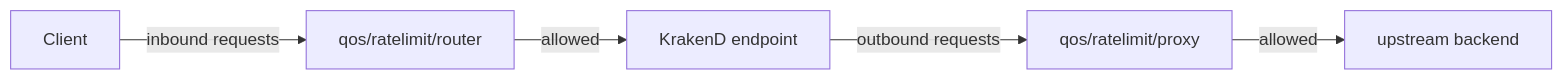
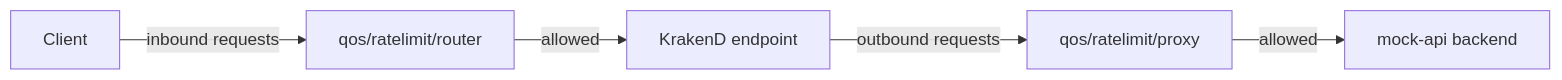
The second of 2 diagrams in docs/KrakenD-training/03-rate-limit.md (Ting-s515/KrakenD-training), drawn with Mermaid before and after one commit. The commit also changed other lines of this file and 11 other files, not shown here.

````diff
--- a/docs/KrakenD-training/03-rate-limit.md
+++ b/docs/KrakenD-training/03-rate-limit.md
@@ -171,7 +173,7 @@
 ```mermaid
 flowchart LR
     Client[Client] -- inbound requests --> RouterLimit[qos/ratelimit/router]
     RouterLimit -- allowed --> Endpoint[KrakenD endpoint]
     Endpoint -- outbound requests --> ProxyLimit[qos/ratelimit/proxy]
-    ProxyLimit -- allowed --> Backend[upstream backend]
+    ProxyLimit -- allowed --> Backend[mock-api backend]
 ```
````
